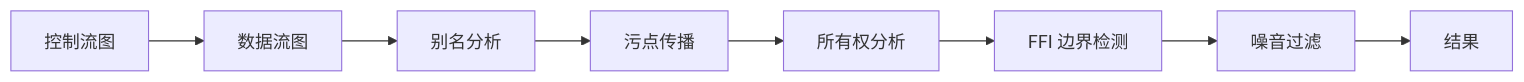
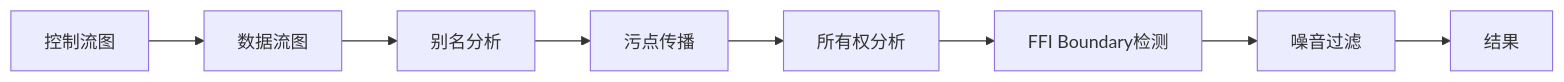
Before and after one commit to Timwood0x10/OmniScope: the second of 2 diagrams in docs/TOUSER/zh.md, drawn with Mermaid. The commit also changed other lines of this file and 168 other files, not shown here.

````diff
--- a/docs/TOUSER/zh.md
+++ b/docs/TOUSER/zh.md
@@ -95,10 +95,10 @@
 ```mermaid
 graph LR
     CFG["控制流图"] --> DFG["数据流图"]
     DFG --> Alias["别名分析"]
     Alias --> Taint["污点传播"]
     Taint --> Own["所有权分析"]
-    Own --> FFI["FFI 边界检测"]
+    Own --> FFI["FFI Boundary检测"]
     FFI --> Noise["噪音过滤"]
     Noise --> Result["结果"]
 ```
````
